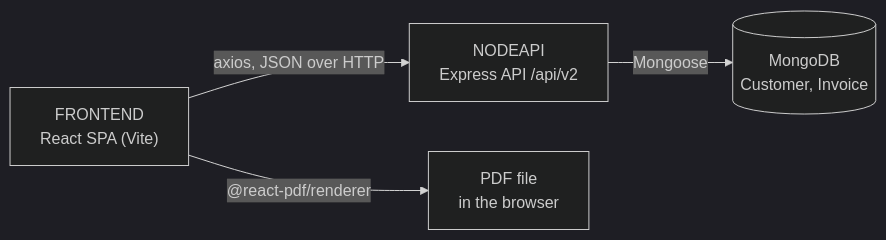
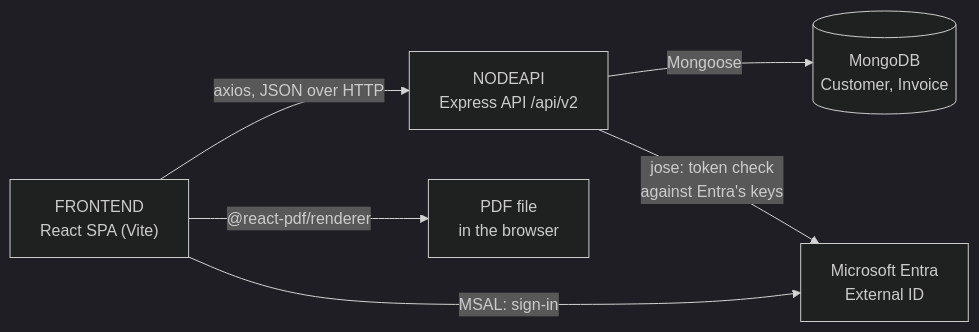
The diagram in Harness_Config/Context/Architecture_Design.md (MatheusCastro99/InvoiceMe), drawn with Mermaid (dark theme) before and after one commit. The commit also changed other lines of this file and 17 other files, not shown here.

````diff
--- a/Harness_Config/Context/Architecture_Design.md
+++ b/Harness_Config/Context/Architecture_Design.md
@@ -106,6 +107,8 @@
 ```mermaid
 flowchart LR
     A["FRONTEND<br/>React SPA (Vite)"] -- "axios, JSON over HTTP" --> B["NODEAPI<br/>Express API /api/v2"]
     B -- "Mongoose" --> C[("MongoDB<br/>Customer, Invoice")]
     A -- "@react-pdf/renderer" --> D["PDF file<br/>in the browser"]
+    A -- "MSAL: sign-in" --> E["Microsoft Entra<br/>External ID"]
+    B -- "jose: token check<br/>against Entra's keys" --> E
 ```
````
